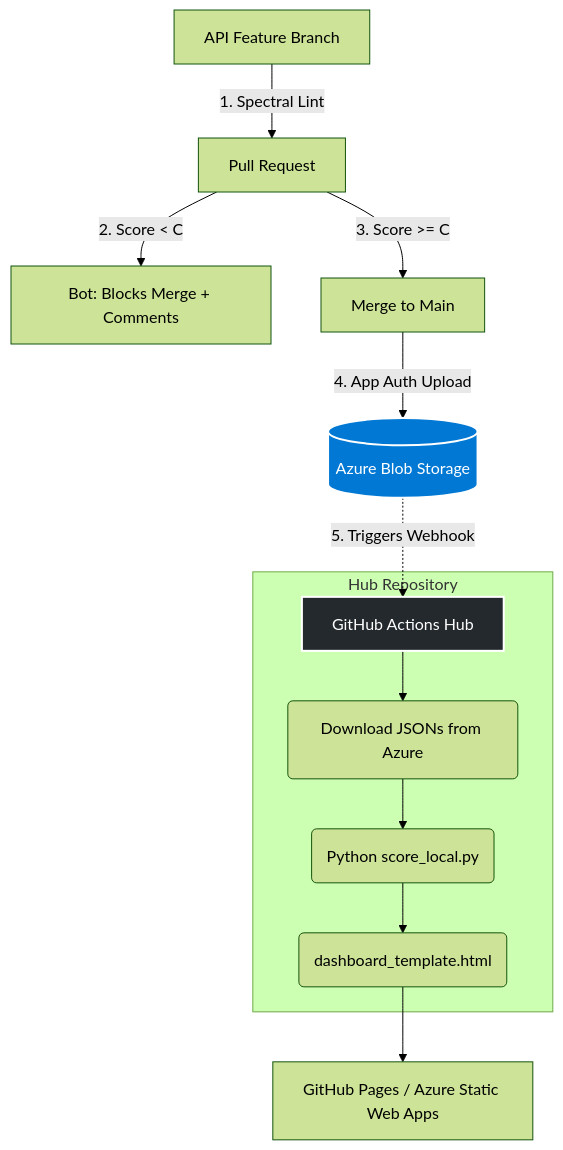
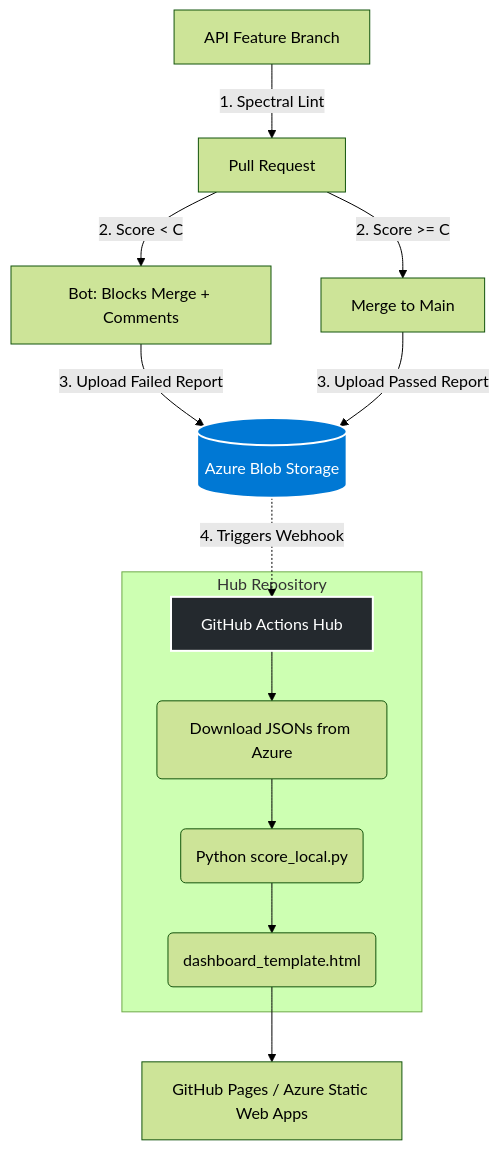
The diagram in README.md (azammel-reply/central-hub-gouv-poc), drawn with Mermaid (forest theme) before and after one commit.

Commit message:
docs: fix V2 diagram so both passed and failed PRs upload JSON

````diff
--- a/README.md
+++ b/README.md
@@ -141,21 +141,22 @@
 ```mermaid
 graph TD
     classDef azure fill:#0078D4,stroke:#fff,stroke-width:2px,color:#fff;
     classDef git fill:#24292e,stroke:#fff,stroke-width:2px,color:#fff;
     
     A[API Feature Branch] -->|1. Spectral Lint| PR[Pull Request]
     PR -->|2. Score < C | B[Bot: Blocks Merge + Comments]
-    PR -->|3. Score >= C | C[Merge to Main]
+    PR -->|2. Score >= C | C[Merge to Main]
     
-    C -->|4. App Auth Upload| D[(Azure Blob Storage)]:::azure
+    B -->|3. Upload Failed Report| D[(Azure Blob Storage)]:::azure
+    C -->|3. Upload Passed Report| D
     
-    D -.->|5. Triggers Webhook| E[GitHub Actions Hub]:::git
+    D -.->|4. Triggers Webhook| E[GitHub Actions Hub]:::git
     
     subgraph central-hub-gouv-poc [Hub Repository]
     E --> F(Download JSONs from Azure)
     F --> G(Python score_local.py)
     G --> H(dashboard_template.html)
     end
     
     H --> I[GitHub Pages / Azure Static Web Apps]
 ```
````
